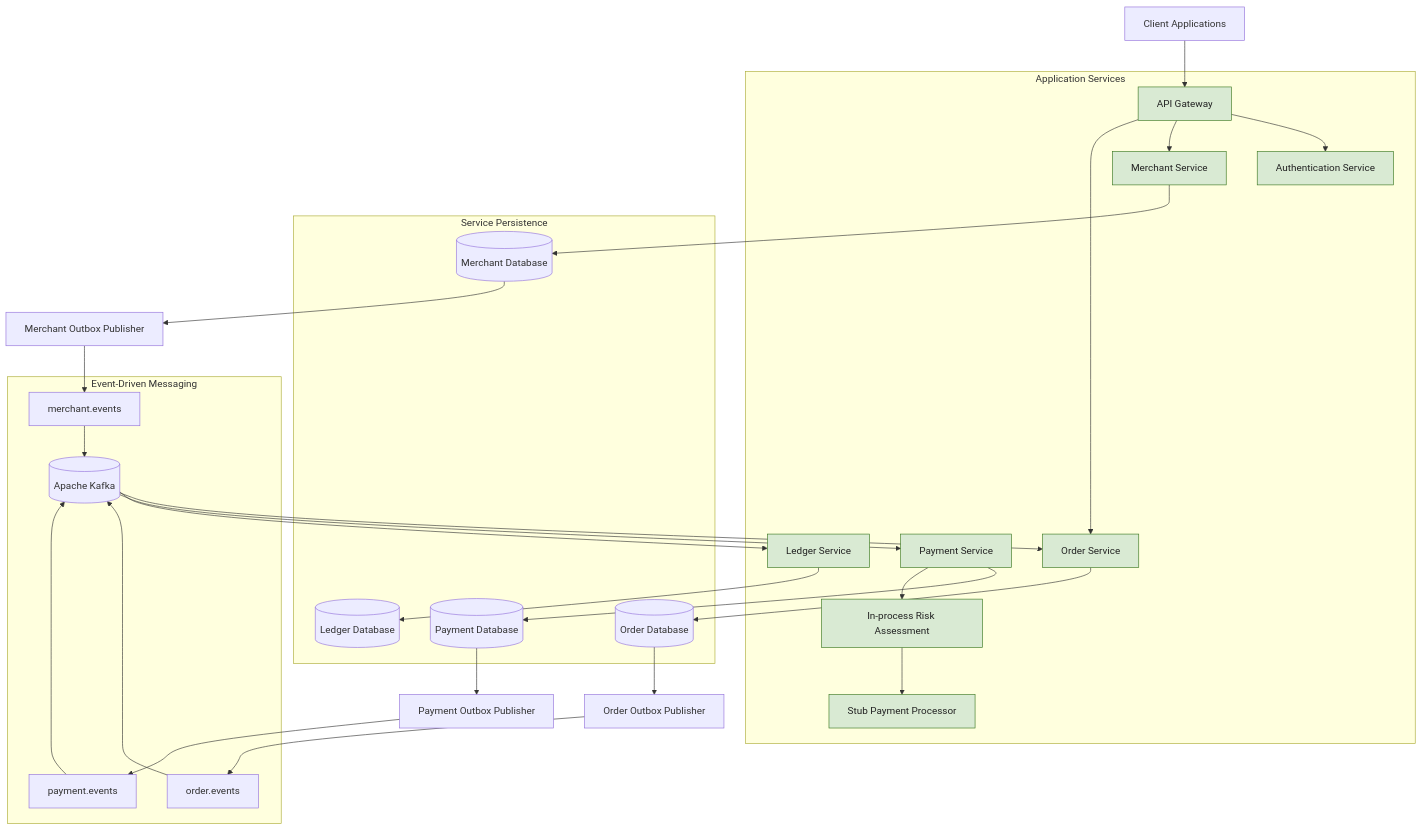
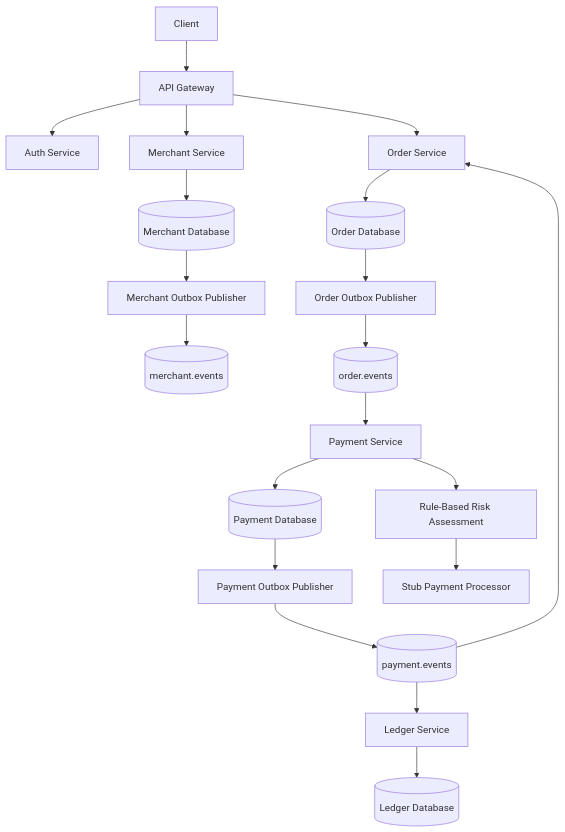
The first of 2 diagrams in README.md (Muniraj01/asterion-platform), drawn with Mermaid before and after one commit. The commit also changed other lines of this file, not shown here.

First line of the commit message:
Docs/portfolio readme architecture

````diff
--- a/README.md
+++ b/README.md
@@ -13,63 +39,51 @@
 ```mermaid
 flowchart TB
-    Client[Client Applications]
+    Client[Client]
+    Gateway[API Gateway]
 
-    subgraph Services["Application Services"]
-        Gateway[API Gateway]
-        Auth[Authentication Service]
-        Merchant[Merchant Service]
-        Order[Order Service]
-        Payment[Payment Service]
-        Ledger[Ledger Service]
-        Risk[In-process Risk Assessment]
-        Processor[Stub Payment Processor]
-    end
+    Auth[Auth Service]
+    Merchant[Merchant Service]
+    Order[Order Service]
+    Payment[Payment Service]
+    Ledger[Ledger Service]
 
-    subgraph Persistence["Service Persistence"]
-        MerchantDB[(Merchant Database)]
-        OrderDB[(Order Database)]
-        PaymentDB[(Payment Database)]
-        LedgerDB[(Ledger Database)]
-    end
+    MerchantDB[(Merchant Database)]
+    OrderDB[(Order Database)]
+    PaymentDB[(Payment Database)]
+    LedgerDB[(Ledger Database)]
 
-    subgraph Messaging["Event-Driven Messaging"]
-        Kafka[(Apache Kafka)]
-        MerchantTopic[merchant.events]
-        OrderTopic[order.events]
-        PaymentTopic[payment.events]
-    end
+    MerchantOutbox[Merchant Outbox Publisher]
+    OrderOutbox[Order Outbox Publisher]
+    PaymentOutbox[Payment Outbox Publisher]
+
+    MerchantTopic[(merchant.events)]
+    OrderTopic[(order.events)]
+    PaymentTopic[(payment.events)]
+
+    Risk[Rule-Based Risk Assessment]
+    Processor[Stub Payment Processor]
 
     Client --> Gateway
     Gateway --> Auth
     Gateway --> Merchant
     Gateway --> Order
 
     Merchant --> MerchantDB
+    MerchantDB --> MerchantOutbox
+    MerchantOutbox --> MerchantTopic
+
     Order --> OrderDB
+    OrderDB --> OrderOutbox
+    OrderOutbox --> OrderTopic
+
+    OrderTopic --> Payment
     Payment --> PaymentDB
-    Ledger --> LedgerDB
-
-    MerchantDB --> MerchantPublisher[Merchant Outbox Publisher]
-    OrderDB --> OrderPublisher[Order Outbox Publisher]
-    PaymentDB --> PaymentPublisher[Payment Outbox Publisher]
-
-    MerchantPublisher --> MerchantTopic
-    OrderPublisher --> OrderTopic
-    PaymentPublisher --> PaymentTopic
-
-    MerchantTopic --> Kafka
-    OrderTopic --> Kafka
-    PaymentTopic --> Kafka
-
-    Kafka --> Order
-    Kafka --> Payment
-    Kafka --> Ledger
-
     Payment --> Risk
     Risk --> Processor
+    PaymentDB --> PaymentOutbox
+    PaymentOutbox --> PaymentTopic
 
-    classDef implemented fill:#d9ead3,stroke:#38761d,color:#222
-    classDef planned fill:#eeeeee,stroke:#777,color:#222,stroke-dasharray: 5 5
-
-    class Gateway,Auth,Merchant,Order,Payment,Ledger,Risk,Processor implemented
+    PaymentTopic --> Order
+    PaymentTopic --> Ledger
+    Ledger --> LedgerDB
 ```
````
